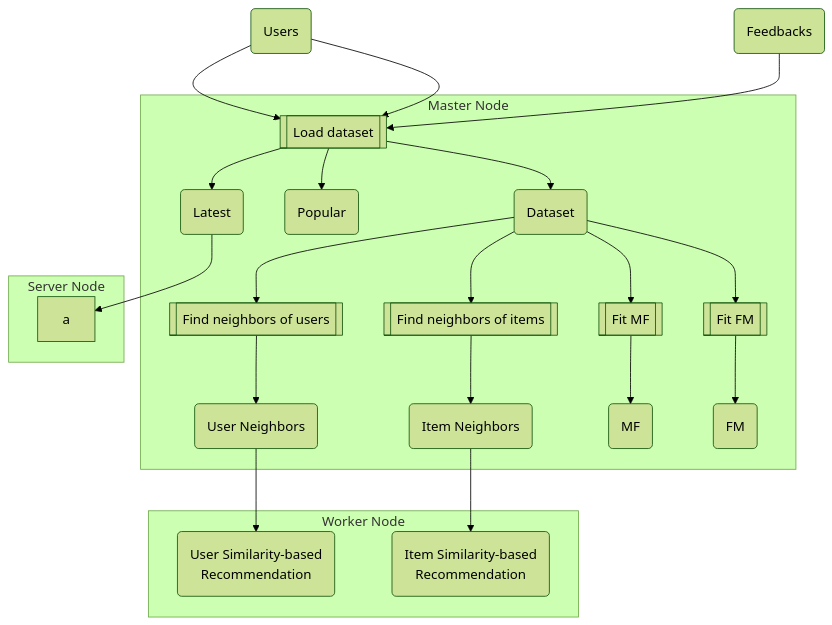
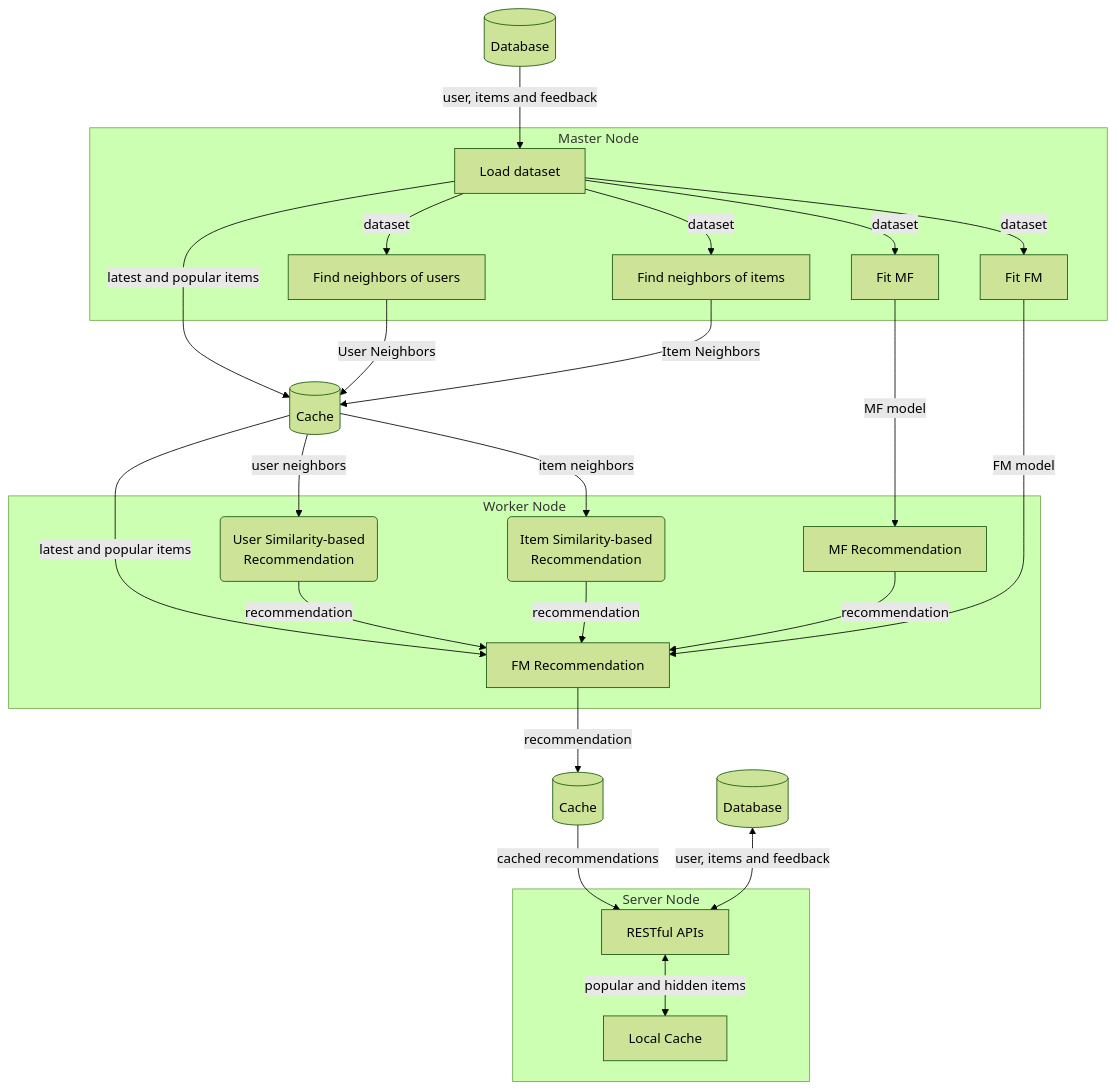
The diagram in src/docs/concepts/how-it-works.md (gorse-io/docs), drawn with Mermaid (forest theme) before and after one commit. The commit also changed other lines of this file and 1 other file, not shown here.

Commit message:
add flowchart

````diff
--- a/src/docs/concepts/how-it-works.md
+++ b/src/docs/concepts/how-it-works.md
@@ -6,26 +6,31 @@
 ```mermaid
 flowchart TD
-    items(Users)-->load[[Load dataset]]
-    items-->load
-    feedback(Feedbacks)-->load
+    database[(Database)]--user, items and feedback-->load[Load dataset]
+    load--latest and popular items-->cache[(Cache)]
+    find_users--User Neighbors-->cache
+    find_items--Item Neighbors-->cache
     subgraph Master Node
-    load-->latest(Latest)
-    load-->pop(Popular)
-    load-->dataset(Dataset)
-    dataset-->find_users[[Find neighbors of users]]
-    find_users-->user_neighbors(User Neighbors)
-    dataset-->find_items[[Find neighbors of items]]
-    find_items-->item_neighbors(Item Neighbors)
-    dataset-->fit_mf[[Fit MF]]
-    fit_mf-->mf(MF)
-    dataset-->fit_fm[[Fit FM]]
-    fit_fm-->fm(FM)
+        load--dataset-->find_users[Find neighbors of users]
+        load--dataset-->find_items[Find neighbors of items]
+        load--dataset-->fit_mf[Fit MF]
+        load--dataset-->fit_fm[Fit FM]
     end
+
+    cache2--cached recommendations-->api[RESTful APIs]
+    database2[(Database)]<--user, items and feedback-->api
+    subgraph Server Node
+        api<--popular and hidden items-->local_cache[Local Cache]
+    end
+
+    cache--user neighbors-->user_based(User Similarity-based\nRecommendation)
+    cache--item neighbors-->item_based(Item Similarity-based\nRecommendation)
+    cache--latest and popular items-->fm_predict
+    fm_predict--recommendation-->cache2[(Cache)]
     subgraph Worker Node
-    user_neighbors-->user_based(User Similarity-based\nRecommendation)
-    item_neighbors-->item_based(Item Similarity-based\nRecommendation)
-    end
-    subgraph Server Node
-    latest-->a
+        user_based--recommendation-->fm_predict
+        item_based--recommendation-->fm_predict
+        mf_predict--recommendation-->fm_predict
+        fit_mf--MF model-->mf_predict[MF Recommendation]
+        fit_fm--FM model-->fm_predict[FM Recommendation]
     end
 ```
````
